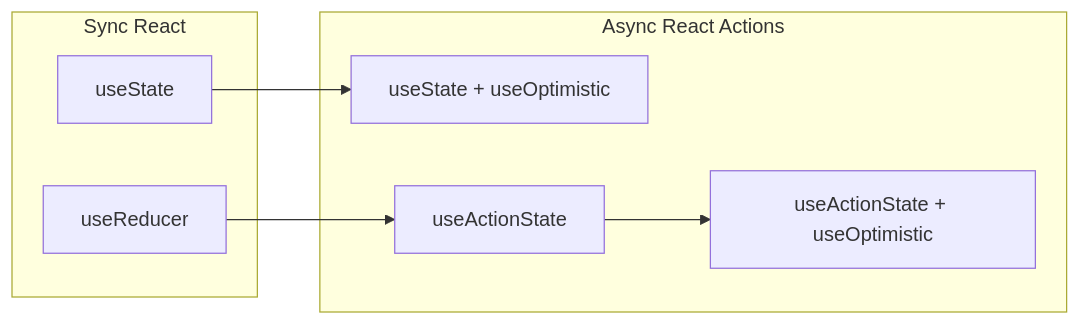
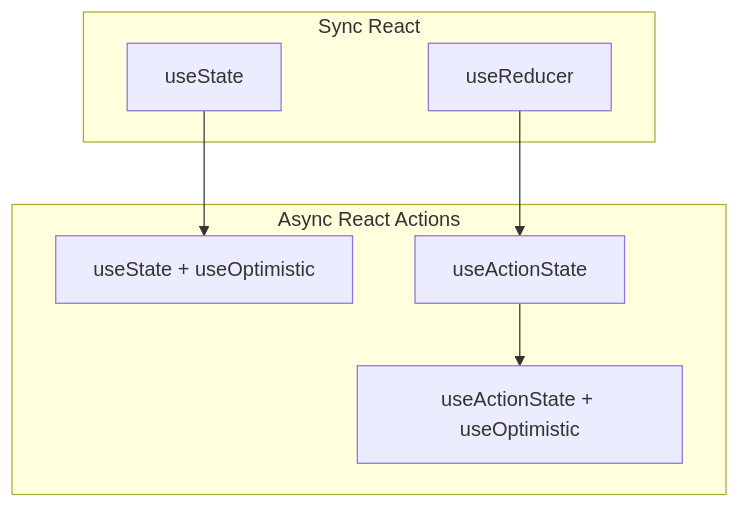
The third of 3 diagrams in react/async-react.md (MaxwellCohen/cheat-sheets), drawn with Mermaid before and after one commit. The commit also changed other lines of this file and 6 other files, not shown here.

````diff
--- a/react/async-react.md
+++ b/react/async-react.md
@@ -585,16 +650,16 @@
 ```mermaid
-flowchart LR
+flowchart TD
   subgraph SR["Sync React"]
     C["useState"]
     A["useReducer"]
   end
 
   subgraph AR["Async React Actions"]
     D["useState + useOptimistic"]
     B["useActionState"]
     B1["useActionState + useOptimistic"]
   end
 
   C --> D
   A --> B --> B1
 ```
````
